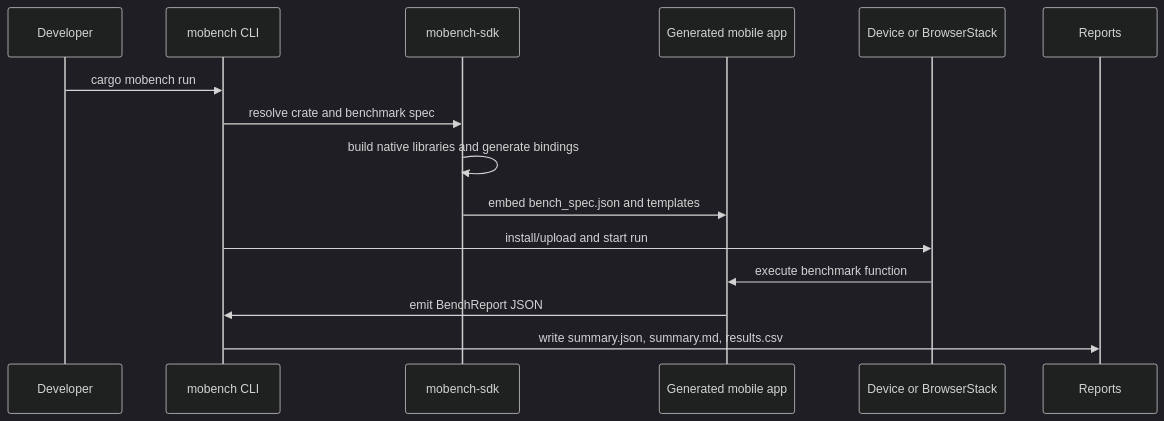
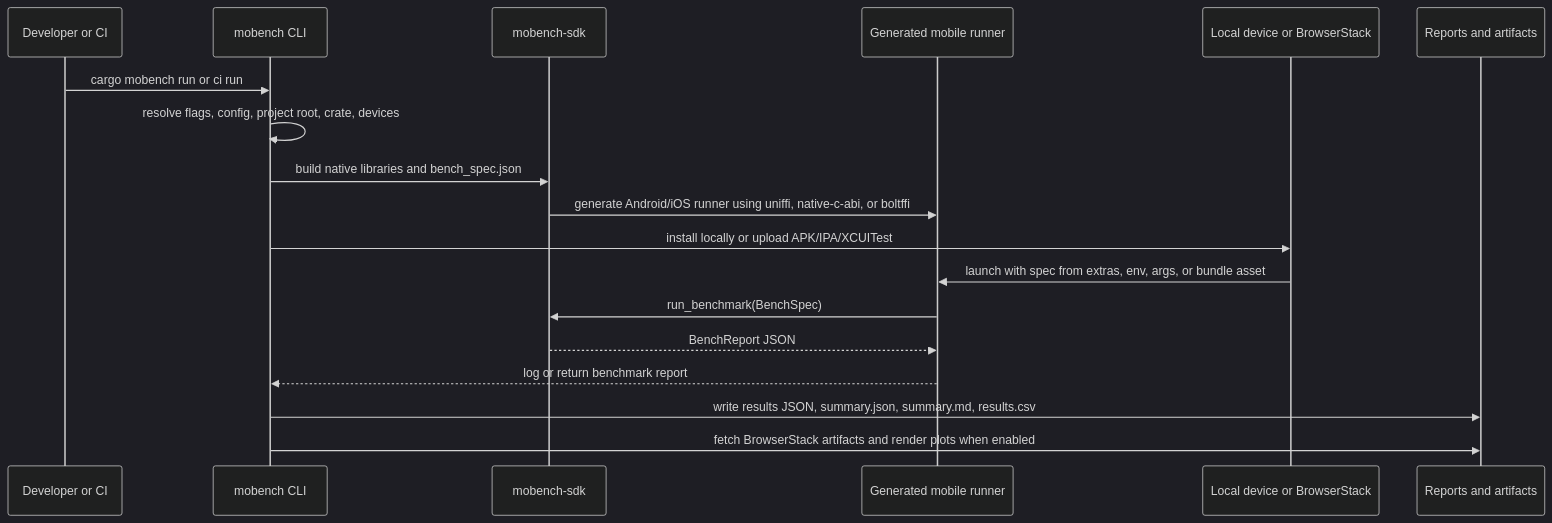
Before and after one commit to worldcoin/mobile-bench-rs: the second of 5 diagrams in README.md, drawn with Mermaid (dark theme). The commit also changed other lines of this file and 47 other files, not shown here.

````diff
--- a/README.md
+++ b/README.md
@@ -345,18 +90,21 @@
 ```mermaid
 sequenceDiagram
-    participant Dev as Developer
+    participant Dev as Developer or CI
     participant CLI as mobench CLI
     participant SDK as mobench-sdk
-    participant App as Generated mobile app
-    participant Device as Device or BrowserStack
-    participant Reports as Reports
+    participant Runner as Generated mobile runner
+    participant Device as Local device or BrowserStack
+    participant Reports as Reports and artifacts
 
-    Dev->>CLI: cargo mobench run
-    CLI->>SDK: resolve crate and benchmark spec
-    SDK->>SDK: build native libraries and generate bindings
-    SDK->>App: embed bench_spec.json and templates
-    CLI->>Device: install/upload and start run
-    Device->>App: execute benchmark function
-    App->>CLI: emit BenchReport JSON
-    CLI->>Reports: write summary.json, summary.md, results.csv
+    Dev->>CLI: cargo mobench run or ci run
+    CLI->>CLI: resolve flags, config, project root, crate, devices
+    CLI->>SDK: build native libraries and bench_spec.json
+    SDK->>Runner: generate Android/iOS runner using uniffi, native-c-abi, or boltffi
+    CLI->>Device: install locally or upload APK/IPA/XCUITest
+    Device->>Runner: launch with spec from extras, env, args, or bundle asset
+    Runner->>SDK: run_benchmark(BenchSpec)
+    SDK-->>Runner: BenchReport JSON
+    Runner-->>CLI: log or return benchmark report
+    CLI->>Reports: write results JSON, summary.json, summary.md, results.csv
+    CLI->>Reports: fetch BrowserStack artifacts and render plots when enabled
 ```
````
